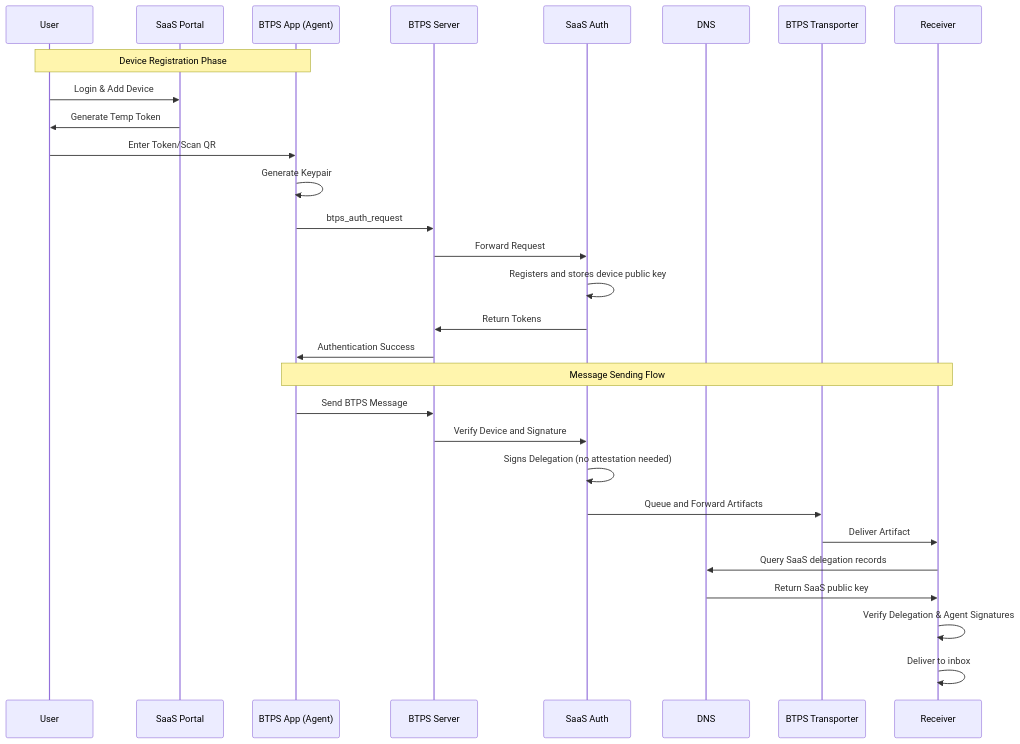
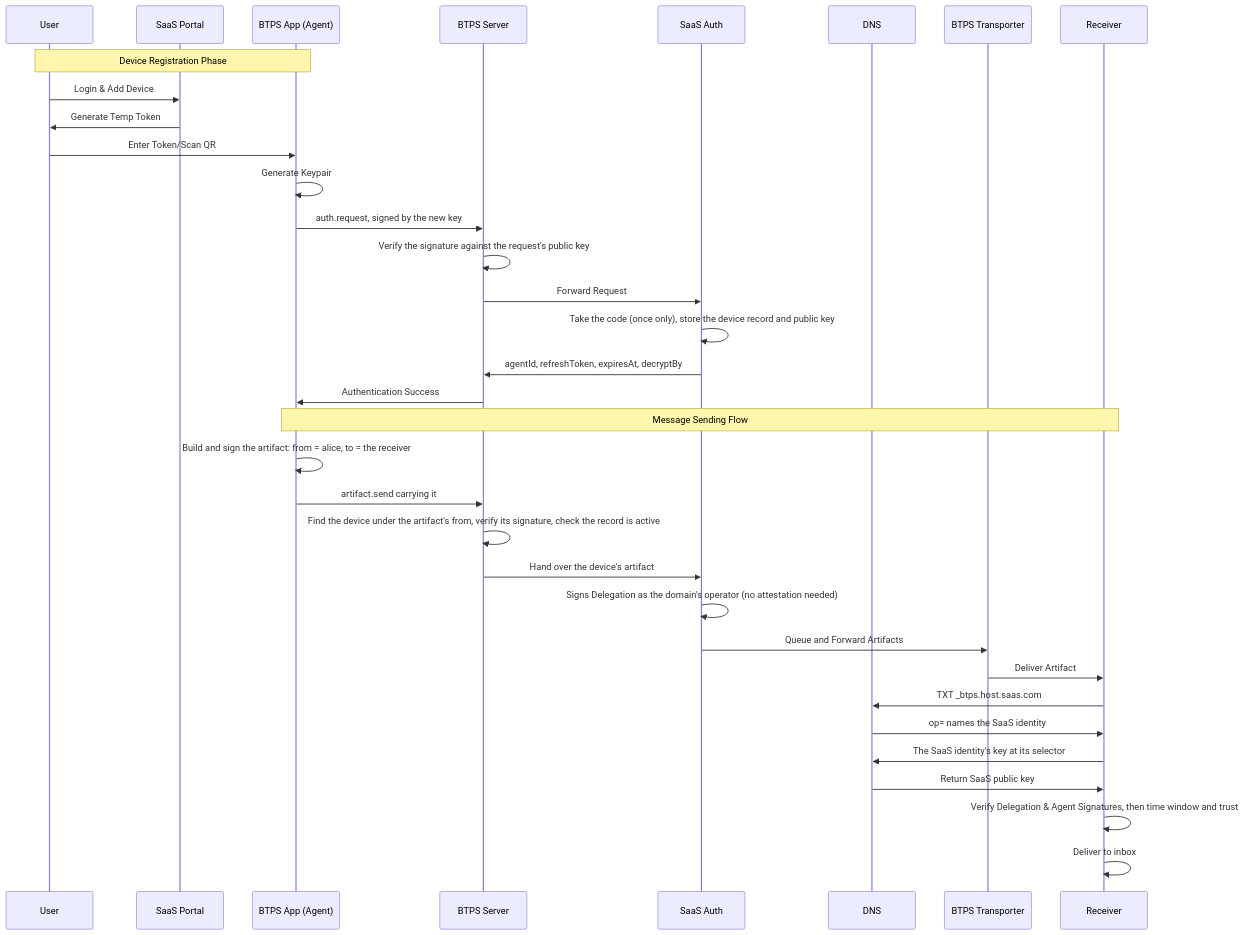
The first of 3 diagrams in docs/docusaurus/docs/protocol/delegation/delegationFlow.md (openbtps/btps-node), drawn with Mermaid before and after one commit. The commit also changed other lines of this file and 26 other files, not shown here.

First line of the commit message:
Docs: bring every diagram in line with 1.1

````diff
--- a/docs/docusaurus/docs/protocol/delegation/delegationFlow.md
+++ b/docs/docusaurus/docs/protocol/delegation/delegationFlow.md
@@ -23,33 +23,38 @@
 ```mermaid
 sequenceDiagram
     participant User
     participant SaaS Portal
     participant BTPS App (Agent)
     participant BTPS Server
     participant SaaS Auth
     participant DNS
     participant BTPS Transporter
     participant Receiver
 
     Note over User,BTPS App (Agent): Device Registration Phase
     User->>SaaS Portal: Login & Add Device
     SaaS Portal->>User: Generate Temp Token
     User->>BTPS App (Agent): Enter Token/Scan QR
     BTPS App (Agent)->>BTPS App (Agent): Generate Keypair
-    BTPS App (Agent)->>BTPS Server: btps_auth_request
+    BTPS App (Agent)->>BTPS Server: auth.request, signed by the new key
+    BTPS Server->>BTPS Server: Verify the signature against the request's public key
     BTPS Server->>SaaS Auth: Forward Request
-    SaaS Auth->>SaaS Auth: Registers and stores device public key
-    SaaS Auth->>BTPS Server: Return Tokens
+    SaaS Auth->>SaaS Auth: Take the code (once only), store the device record and public key
+    SaaS Auth->>BTPS Server: agentId, refreshToken, expiresAt, decryptBy
     BTPS Server->>BTPS App (Agent): Authentication Success
 
     Note over BTPS App (Agent),Receiver: Message Sending Flow
-    BTPS App (Agent)->>BTPS Server: Send BTPS Message
-    BTPS Server->>SaaS Auth: Verify Device and Signature
-    SaaS Auth->>SaaS Auth: Signs Delegation (no attestation needed)
+    BTPS App (Agent)->>BTPS App (Agent): Build and sign the artifact: from = alice, to = the receiver
+    BTPS App (Agent)->>BTPS Server: artifact.send carrying it
+    BTPS Server->>BTPS Server: Find the device under the artifact's from, verify its signature, check the record is active
+    BTPS Server->>SaaS Auth: Hand over the device's artifact
+    SaaS Auth->>SaaS Auth: Signs Delegation as the domain's operator (no attestation needed)
     SaaS Auth->>BTPS Transporter: Queue and Forward Artifacts
     BTPS Transporter->>Receiver: Deliver Artifact
-    Receiver->>DNS: Query SaaS delegation records
+    Receiver->>DNS: TXT _btps.host.saas.com
+    DNS->>Receiver: op= names the SaaS identity
+    Receiver->>DNS: The SaaS identity's key at its selector
     DNS->>Receiver: Return SaaS public key
-    Receiver->>Receiver: Verify Delegation & Agent Signatures
+    Receiver->>Receiver: Verify Delegation & Agent Signatures, then time window and trust
     Receiver->>Receiver: Deliver to inbox
 ```
````
